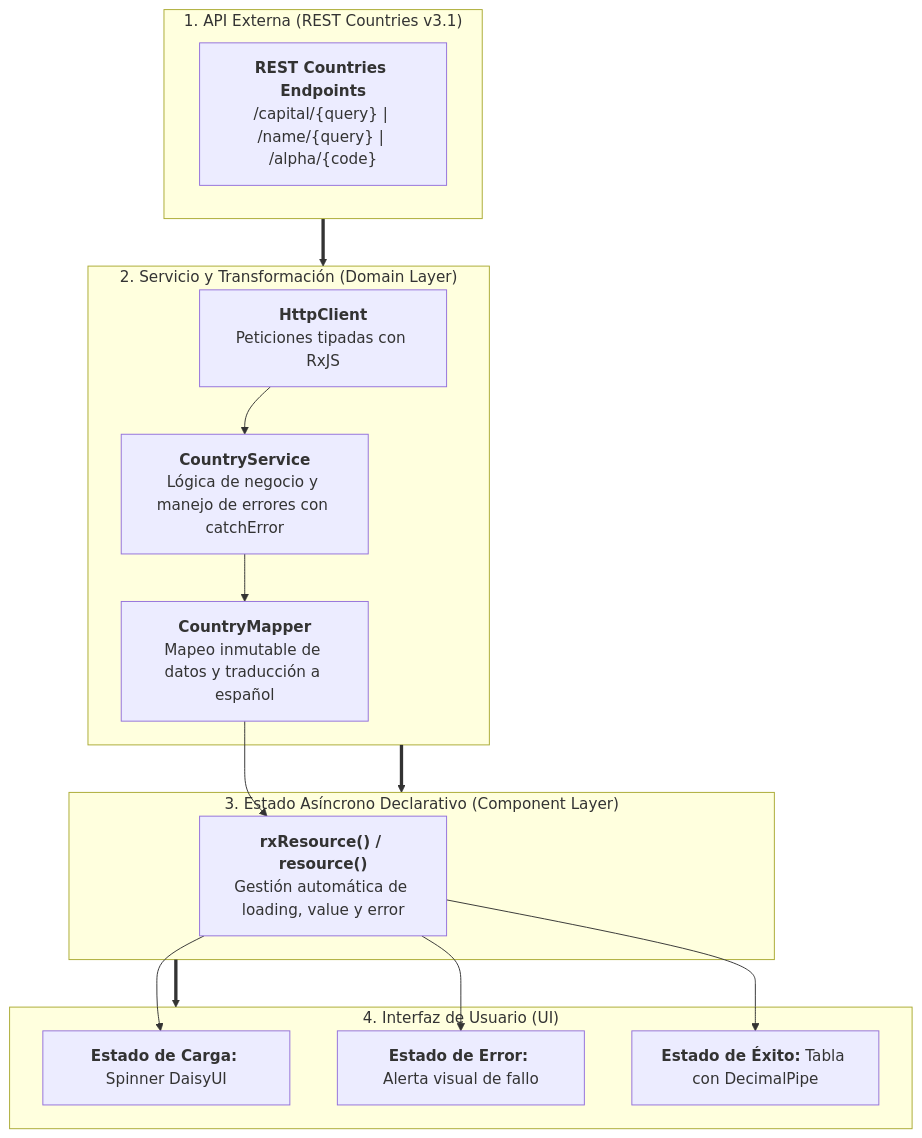
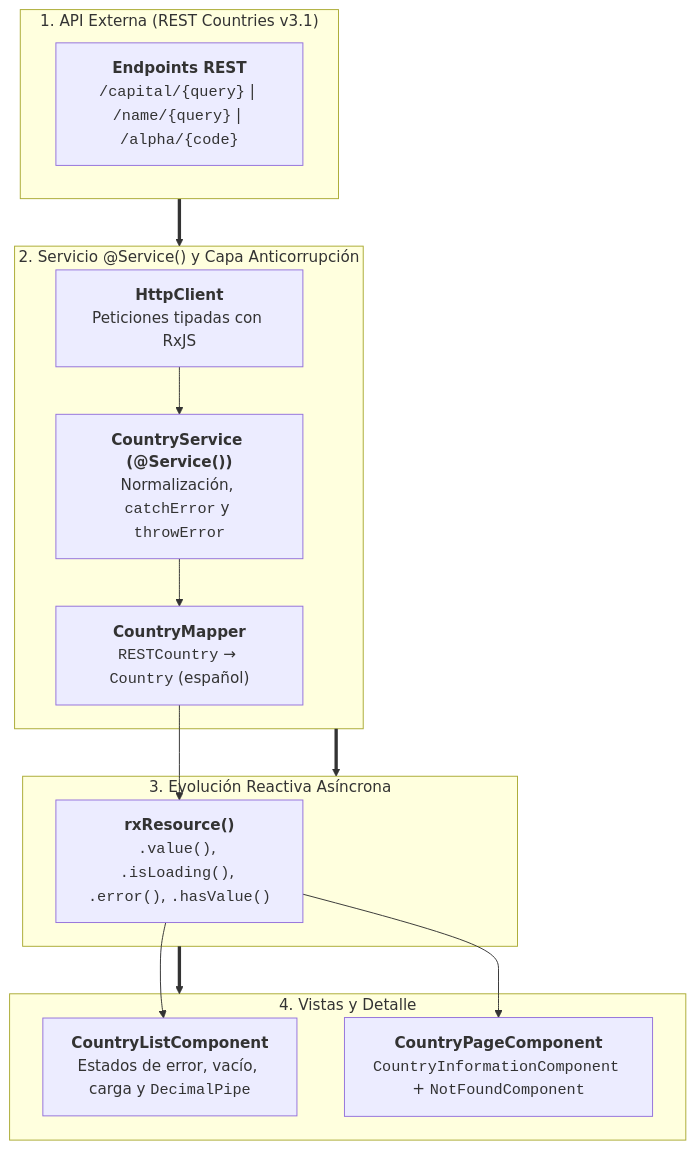
The diagram in docs/10-country-funcionalidad.md (Jose-Quesada/materiales_angular), drawn with Mermaid before and after one commit. The commit also changed other lines of this file and 53 other files, not shown here.

````diff
--- a/docs/10-country-funcionalidad.md
+++ b/docs/10-country-funcionalidad.md
@@ -23,23 +23,22 @@
 ``` mermaid
 flowchart TD
     subgraph CapaAPI ["1. API Externa (REST Countries v3.1)"]
-        API["<b>REST Countries Endpoints</b><br/>/capital/{query} | /name/{query} | /alpha/{code}"]
+        API["<b>Endpoints REST</b><br/><code>/capital/{query}</code> | <code>/name/{query}</code> | <code>/alpha/{code}</code>"]
     end
 
-    subgraph CapaServicio ["2. Servicio y Transformación (Domain Layer)"]
-        HTTP["<b>HttpClient</b><br/>Peticiones tipadas con RxJS"] --> Service["<b>CountryService</b><br/>Lógica de negocio y manejo de errores con catchError"]
-        Service --> Mapper["<b>CountryMapper</b><br/>Mapeo inmutable de datos y traducción a español"]
+    subgraph CapaServicio ["2. Servicio @Service() y Capa Anticorrupción"]
+        HTTP["<b>HttpClient</b><br/>Peticiones tipadas con RxJS"] --> Service["<b>CountryService (@Service())</b><br/>Normalización, <code>catchError</code> y <code>throwError</code>"]
+        Service --> Mapper["<b>CountryMapper</b><br/><code>RESTCountry</code> &rarr; <code>Country</code> (español)"]
     end
 
-    subgraph CapaReactiva ["3. Estado Asíncrono Declarativo (Component Layer)"]
-        Mapper --> RxRes["<b>rxResource() / resource()</b><br/>Gestión automática de loading, value y error"]
+    subgraph CapaReactiva ["3. Evolución Reactiva Asíncrona"]
+        Mapper --> RxRes["<b>rxResource()</b><br/><code>.value()</code>, <code>.isLoading()</code>, <code>.error()</code>, <code>.hasValue()</code>"]
     end
 
-    subgraph CapaPresentacion ["4. Interfaz de Usuario (UI)"]
-        RxRes --> UI1["<b>Estado de Carga:</b> Spinner DaisyUI"]
-        RxRes --> UI2["<b>Estado de Error:</b> Alerta visual de fallo"]
-        RxRes --> UI3["<b>Estado de Éxito:</b> Tabla con DecimalPipe"]
+    subgraph CapaPresentacion ["4. Vistas y Detalle"]
+        RxRes --> List["<b>CountryListComponent</b><br/>Estados de error, vacío, carga y <code>DecimalPipe</code>"]
+        RxRes --> Detail["<b>CountryPageComponent</b><br/><code>CountryInformationComponent</code> + <code>NotFoundComponent</code>"]
     end
 
     CapaAPI ==> CapaServicio ==> CapaReactiva ==> CapaPresentacion
 ```
````
